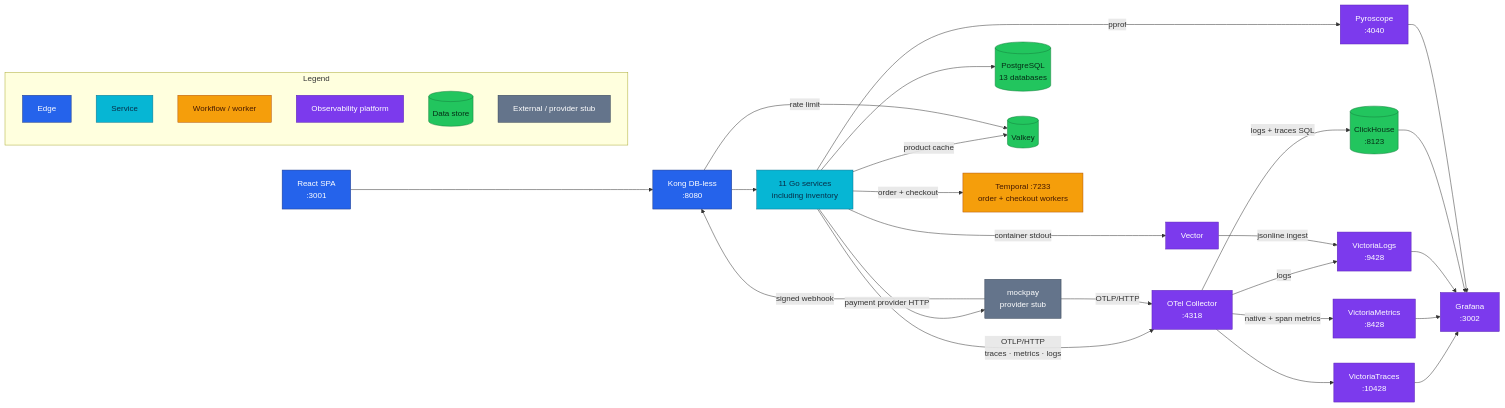
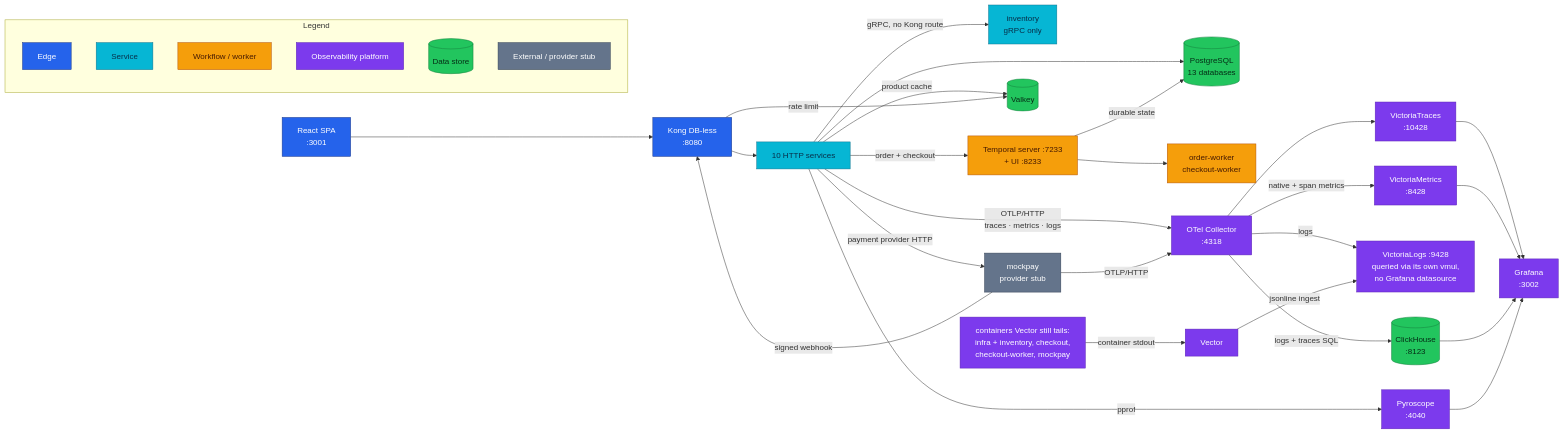
The second of 2 diagrams in local-stack/README.md (duynhlab/homelab), drawn with Mermaid before and after one commit. The commit also changed other lines of this file and 15 other files, not shown here.

````diff
--- a/local-stack/README.md
+++ b/local-stack/README.md
@@ -111,47 +120,49 @@
 ```mermaid
 flowchart LR
     SPA["React SPA<br/>:3001"] --> KONG["Kong DB-less<br/>:8080"]
-    KONG --> SVC["11 Go services<br/>including inventory"]
+    KONG --> SVC["10 HTTP services"]
+    SVC -->|"gRPC, no Kong route"| INV["inventory<br/>gRPC only"]
     SVC -->|"payment provider HTTP"| MP["mockpay<br/>provider stub"]
     MP -->|"signed webhook"| KONG
     SVC --> PG[("PostgreSQL<br/>13 databases")]
     SVC -->|"product cache"| VALKEY[("Valkey")]
     KONG -->|"rate limit"| VALKEY
-    SVC -->|"order + checkout"| TMP["Temporal :7233<br/>order + checkout workers"]
+    SVC -->|"order + checkout"| TMP["Temporal server :7233<br/>+ UI :8233"]
+    TMP -->|"durable state"| PG
+    TMP --> OW["order-worker<br/>checkout-worker"]
     SVC -->|"OTLP/HTTP<br/>traces · metrics · logs"| COL["OTel Collector<br/>:4318"]
     MP -->|"OTLP/HTTP"| COL
-    SVC -->|"container stdout"| VEC["Vector"]
+    TAILED["containers Vector still tails:<br/>infra + inventory, checkout,<br/>checkout-worker, mockpay"] -->|"container stdout"| VEC["Vector"]
     COL --> VT["VictoriaTraces<br/>:10428"]
     COL -->|"native + span metrics"| VM["VictoriaMetrics<br/>:8428"]
-    COL -->|"logs"| VL["VictoriaLogs<br/>:9428"]
+    COL -->|"logs"| VL["VictoriaLogs :9428<br/>queried via its own vmui,<br/>no Grafana datasource"]
     COL -->|"logs + traces SQL"| CH[("ClickHouse<br/>:8123")]
     VEC -->|"jsonline ingest"| VL
     VT --> GRAF["Grafana<br/>:3002"]
     VM --> GRAF
-    VL --> GRAF
     CH --> GRAF
     SVC -->|"pprof"| PYRO["Pyroscope<br/>:4040"]
     PYRO --> GRAF
 
     subgraph Legend["Legend"]
         LEdge["Edge"]
         LService["Service"]
         LWorker["Workflow / worker"]
         LPlatform["Observability platform"]
         LData[("Data store")]
         LExternal["External / provider stub"]
     end
 
     classDef edge fill:#2563eb,color:#fff,stroke:#1e3a8a;
     classDef service fill:#06b6d4,color:#082f49,stroke:#0e7490;
     classDef worker fill:#f59e0b,color:#451a03,stroke:#b45309;
     classDef platform fill:#7c3aed,color:#fff,stroke:#5b21b6;
     classDef data fill:#22c55e,color:#052e16,stroke:#15803d;
     classDef external fill:#64748b,color:#fff,stroke:#334155;
     class SPA,KONG,LEdge edge;
-    class SVC,LService service;
-    class TMP,LWorker worker;
-    class COL,VEC,VT,VM,VL,GRAF,PYRO,LPlatform platform;
+    class SVC,INV,LService service;
+    class TMP,OW,LWorker worker;
+    class COL,VEC,TAILED,VT,VM,VL,GRAF,PYRO,LPlatform platform;
     class PG,VALKEY,CH,LData data;
     class MP,LExternal external;
 ```
````
